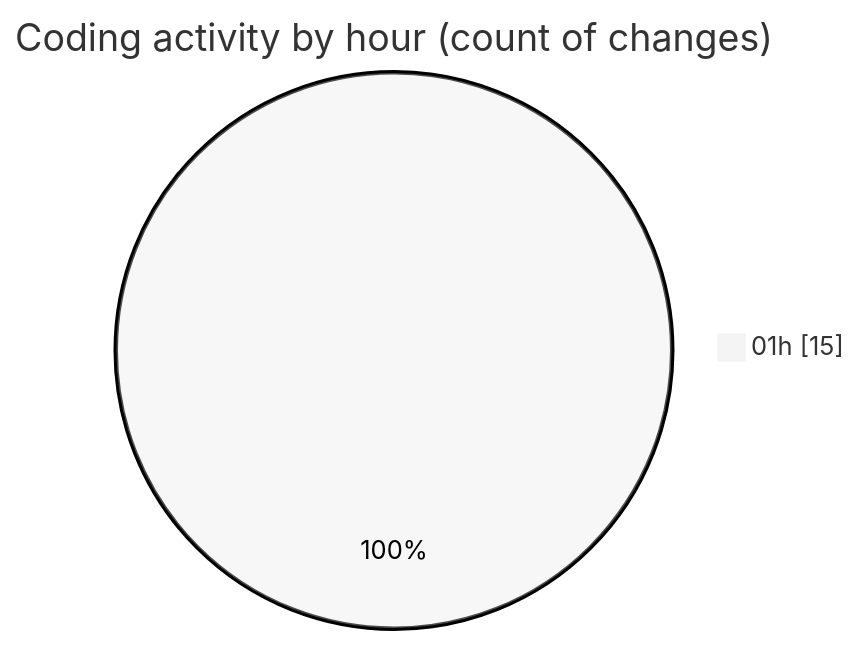
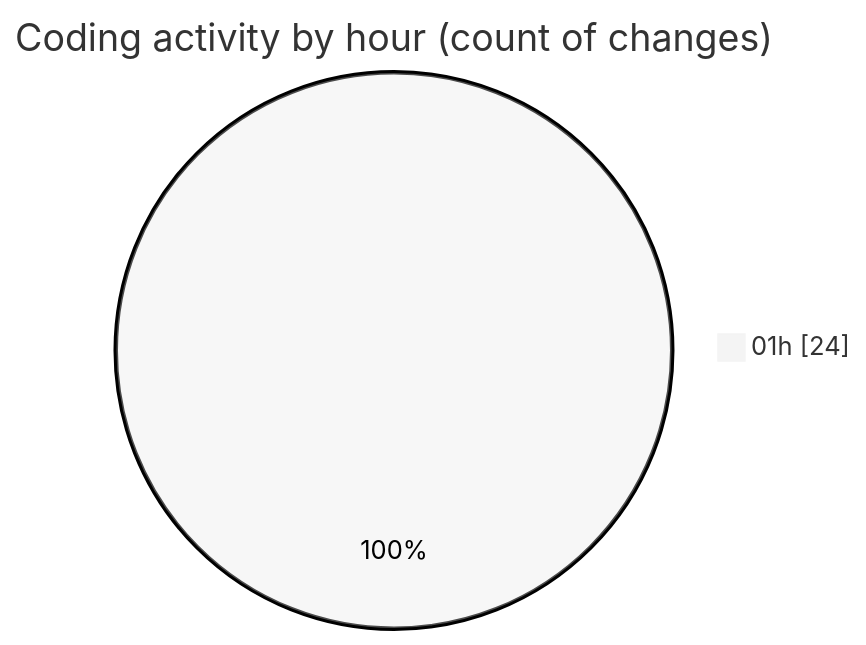
One commit to Elitesun/code-tracking changed the second of 2 diagrams in 2025-03-09/fakeme/README.md. Above: the diagram before and after it, drawn with Mermaid (neutral theme). The commit also changed other lines of this file and 1 other file, not shown here.

````diff
--- a/2025-03-09/fakeme/README.md
+++ b/2025-03-09/fakeme/README.md
@@ -34,5 +34,5 @@
 ```mermaid
 pie showData
 title Coding activity by hour (count of changes)
-"01h" : 15
+"01h" : 24
 ```
````
